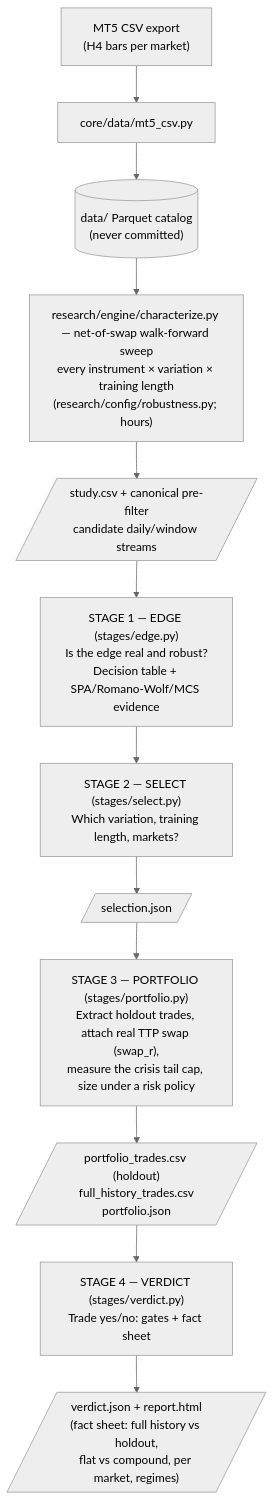
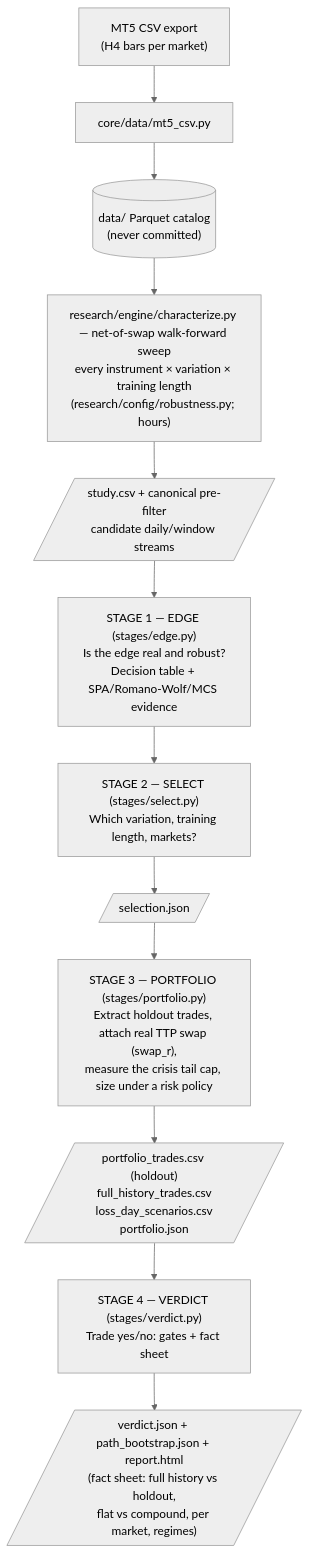
The second of 5 diagrams in docs/architecture.md (QPlus-Capital/trading-system), drawn with Mermaid (neutral theme) before and after one commit. The commit also changed other lines of this file and 17 other files, not shown here.

Commit message:
feat(research): bootstrap complete loss-day scenarios

````diff
--- a/docs/architecture.md
+++ b/docs/architecture.md
@@ -61,18 +61,18 @@
 ```mermaid
 flowchart TD
     CSV["MT5 CSV export<br/>(H4 bars per market)"] --> INGEST["core/data/mt5_csv.py"]
     INGEST --> CAT[("data/ Parquet catalog<br/>(never committed)")]
 
     CAT --> SWEEP["research/engine/characterize.py — net-of-swap walk-forward sweep<br/>every instrument × variation × training length<br/>(research/config/robustness.py; hours)"]
     SWEEP --> STUDY[/"study.csv + canonical pre-filter<br/>candidate daily/window streams"/]
 
     STUDY --> S1["STAGE 1 — EDGE (stages/edge.py)<br/>Is the edge real and robust?<br/>Decision table + SPA/Romano-Wolf/MCS evidence"]
     S1 --> S2["STAGE 2 — SELECT (stages/select.py)<br/>Which variation, training length, markets?"]
     S2 --> SEL[/"selection.json"/]
 
     SEL --> S3["STAGE 3 — PORTFOLIO (stages/portfolio.py)<br/>Extract holdout trades, attach real TTP swap (swap_r),<br/>measure the crisis tail cap, size under a risk policy"]
-    S3 --> PT[/"portfolio_trades.csv (holdout)<br/>full_history_trades.csv<br/>portfolio.json"/]
+    S3 --> PT[/"portfolio_trades.csv (holdout)<br/>full_history_trades.csv<br/>loss_day_scenarios.csv<br/>portfolio.json"/]
 
     PT --> S4["STAGE 4 — VERDICT (stages/verdict.py)<br/>Trade yes/no: gates + fact sheet"]
-    S4 --> OUT[/"verdict.json + report.html<br/>(fact sheet: full history vs holdout,<br/>flat vs compound, per market, regimes)"/]
+    S4 --> OUT[/"verdict.json + path_bootstrap.json + report.html<br/>(fact sheet: full history vs holdout,<br/>flat vs compound, per market, regimes)"/]
 ```
````
